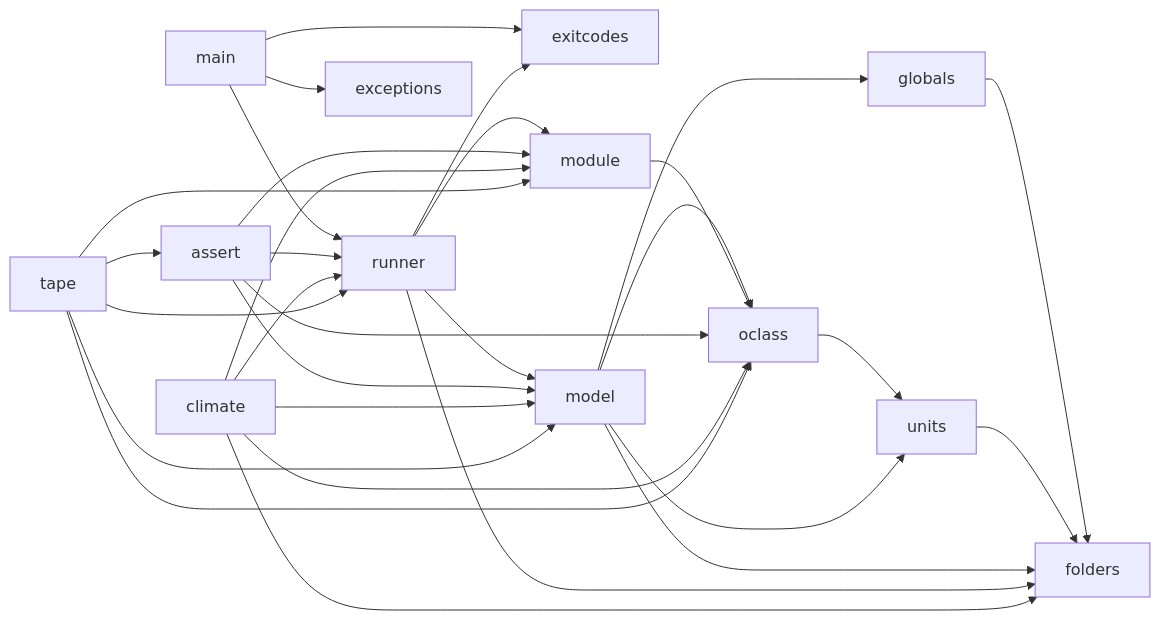
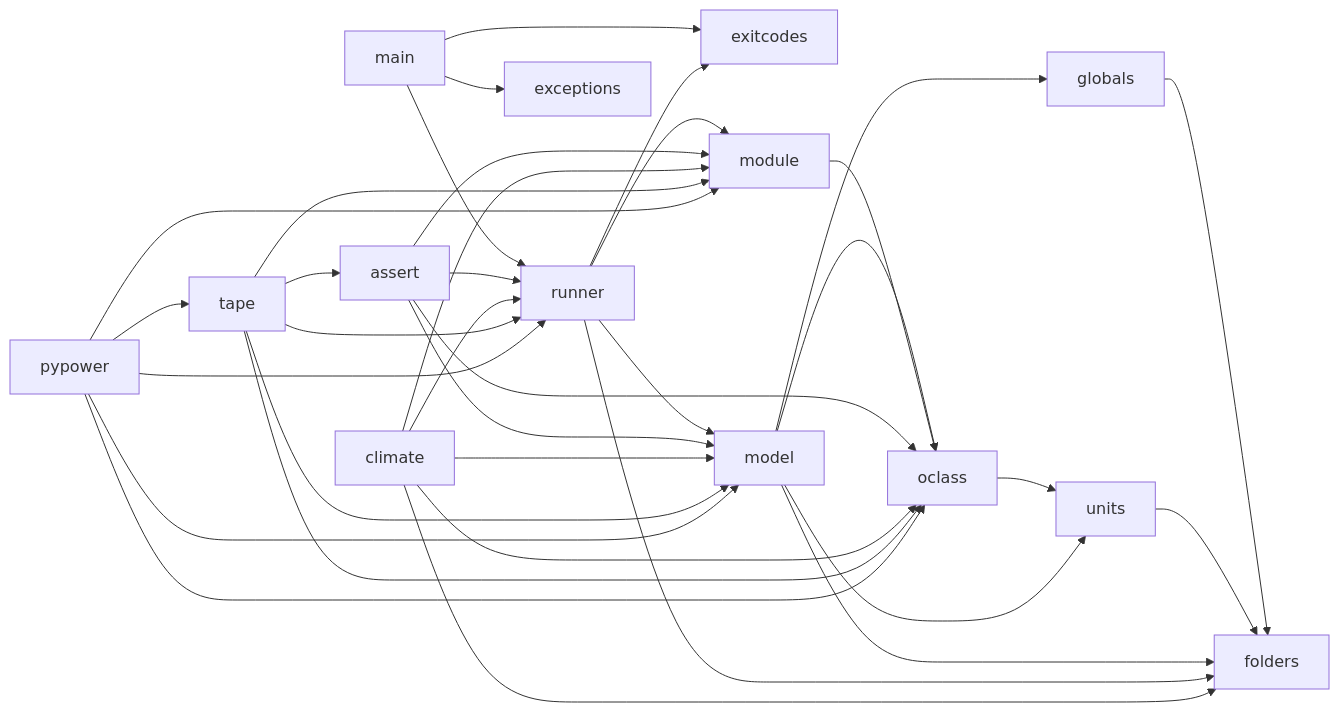
The diagram in DESIGN.md (arras-energy/arras), drawn with Mermaid before and after one commit. The commit also changed other lines of this file and 183 other files, not shown here.

First line of the commit message:
Add the gridlabd pypower module as a Python package (src/pypower) (#56)

````diff
--- a/DESIGN.md
+++ b/DESIGN.md
@@ -309,32 +352,37 @@
 ```mermaid
 flowchart LR
   main --> runner
   main --> exceptions
   main --> exitcodes
   globals --> folders
   units --> folders
   model --> folders
   runner --> folders
   runner --> model
   runner --> exitcodes
   runner --> module
   oclass --> units
   model --> globals
   model --> oclass
   model --> units
   module --> oclass
   assert --> model
   assert --> module
   assert --> oclass
   assert --> runner
   climate --> folders
   climate --> model
   climate --> module
   climate --> oclass
   climate --> runner
   tape --> model
   tape --> module
   tape --> oclass
   tape --> runner
   tape --> assert
+  pypower --> model
+  pypower --> module
+  pypower --> oclass
+  pypower --> runner
+  pypower --> tape
 ```
````
